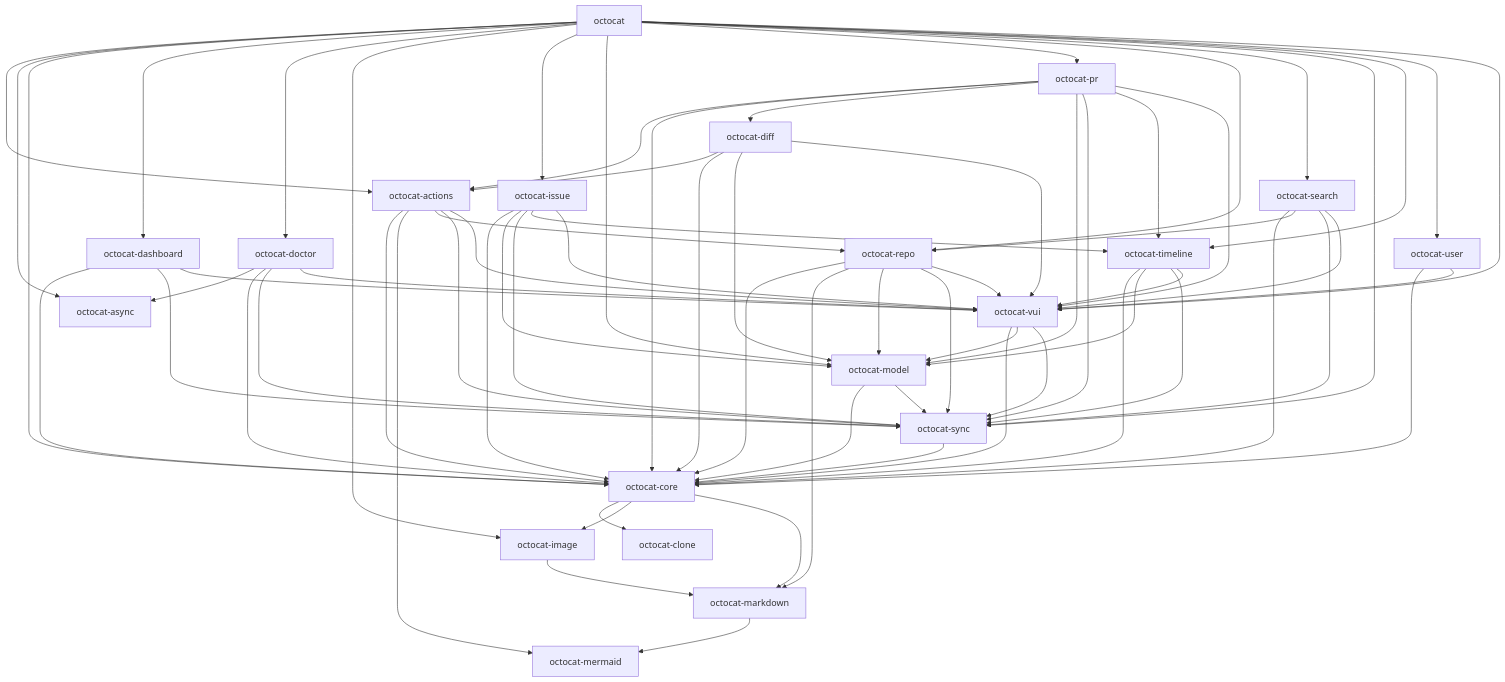
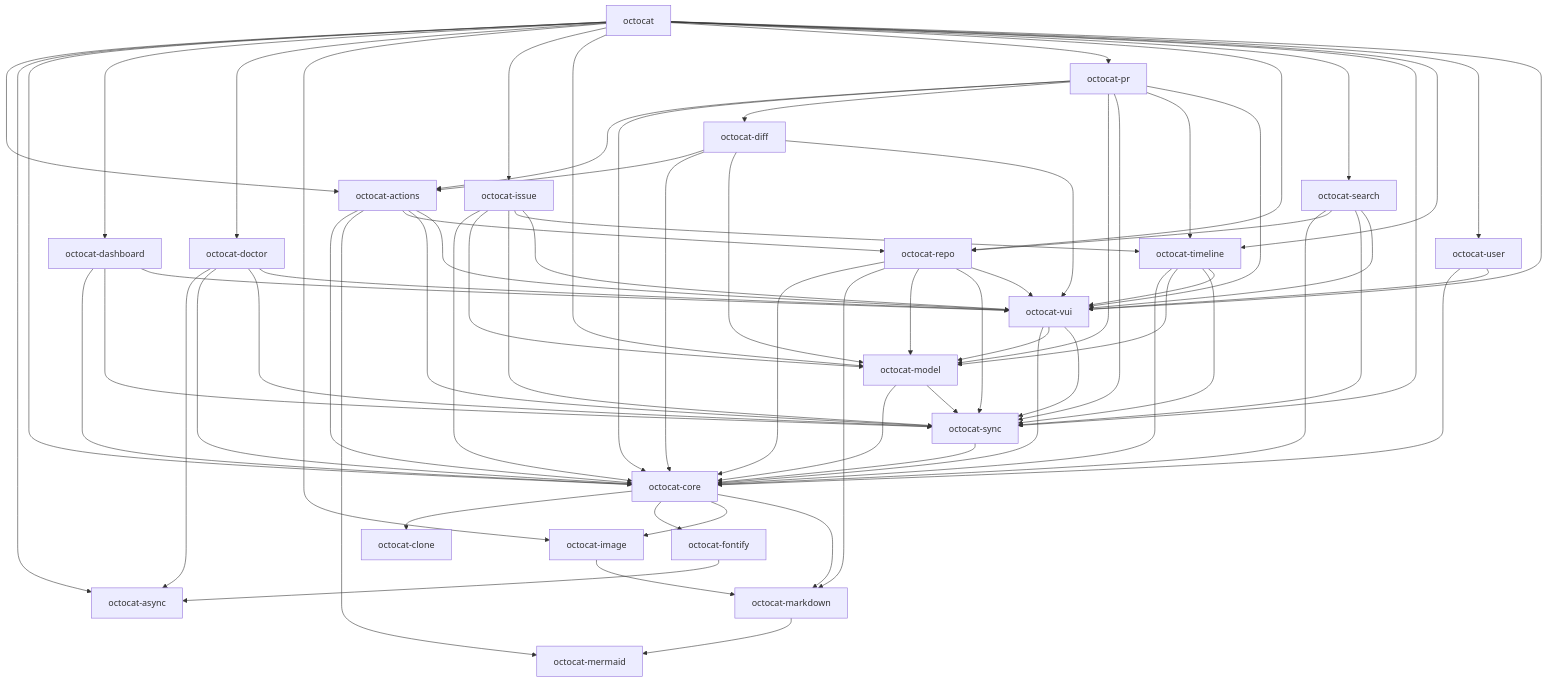
The first of 2 diagrams in docs/architecture.md (razzmatazz/octocat.el), drawn with Mermaid before and after one commit. The commit also changed other lines of this file and 11 other files, not shown here.

```diff
--- a/docs/architecture.md
+++ b/docs/architecture.md
@@ -89,6 +92,7 @@
   octocat_dashboard[octocat-dashboard]
   octocat_diff[octocat-diff]
   octocat_doctor[octocat-doctor]
+  octocat_fontify[octocat-fontify]
   octocat_image[octocat-image]
   octocat_issue[octocat-issue]
   octocat_markdown[octocat-markdown]
@@ -108,6 +112,7 @@
   octocat_actions --> octocat_sync
   octocat_actions --> octocat_vui
   octocat_core --> octocat_clone
+  octocat_core --> octocat_fontify
   octocat_core --> octocat_image
   octocat_core --> octocat_markdown
   octocat_dashboard --> octocat_core
@@ -121,6 +126,7 @@
   octocat_doctor --> octocat_core
   octocat_doctor --> octocat_sync
   octocat_doctor --> octocat_vui
+  octocat_fontify --> octocat_async
   octocat_image --> octocat_markdown
   octocat_issue --> octocat_core
   octocat_issue --> octocat_model
```
